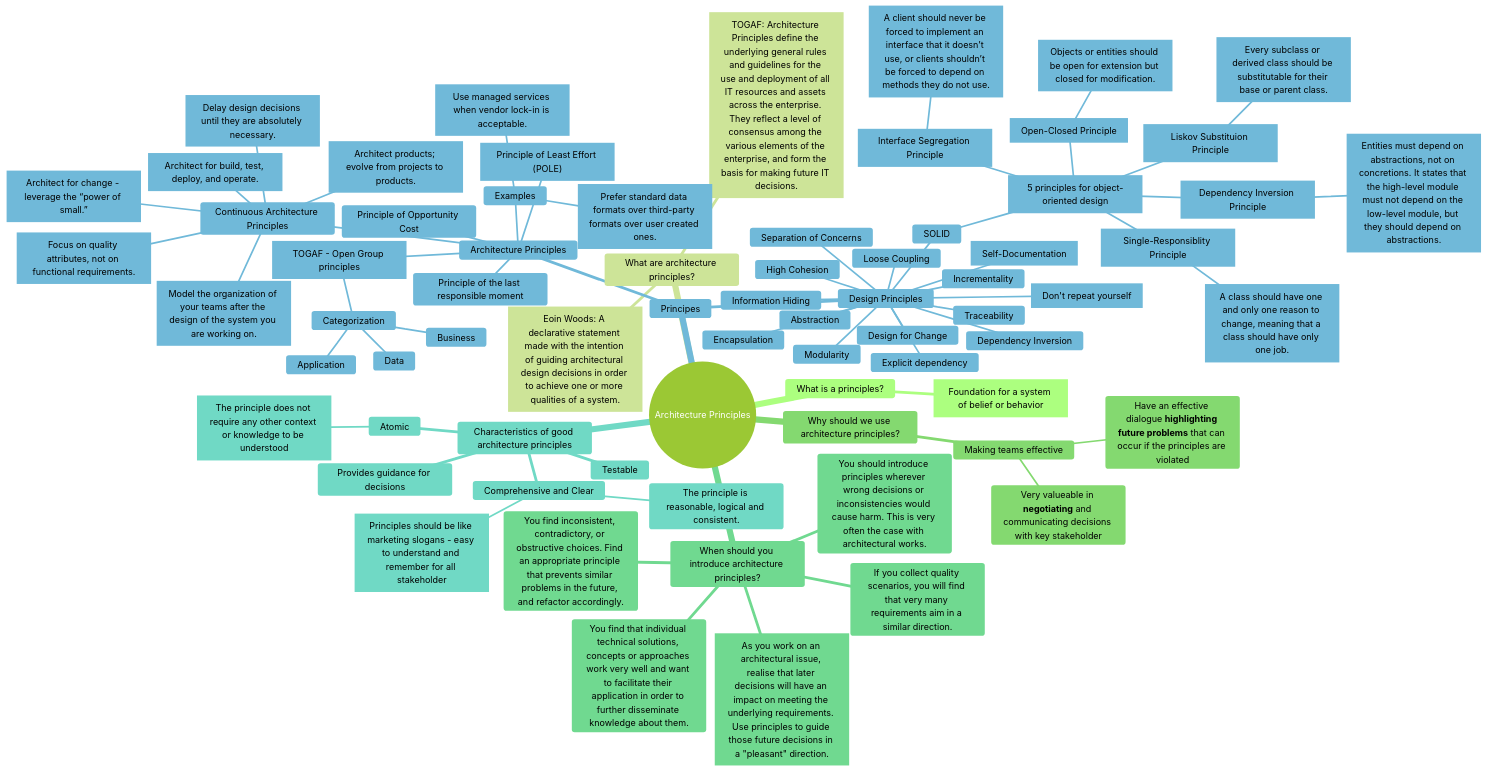
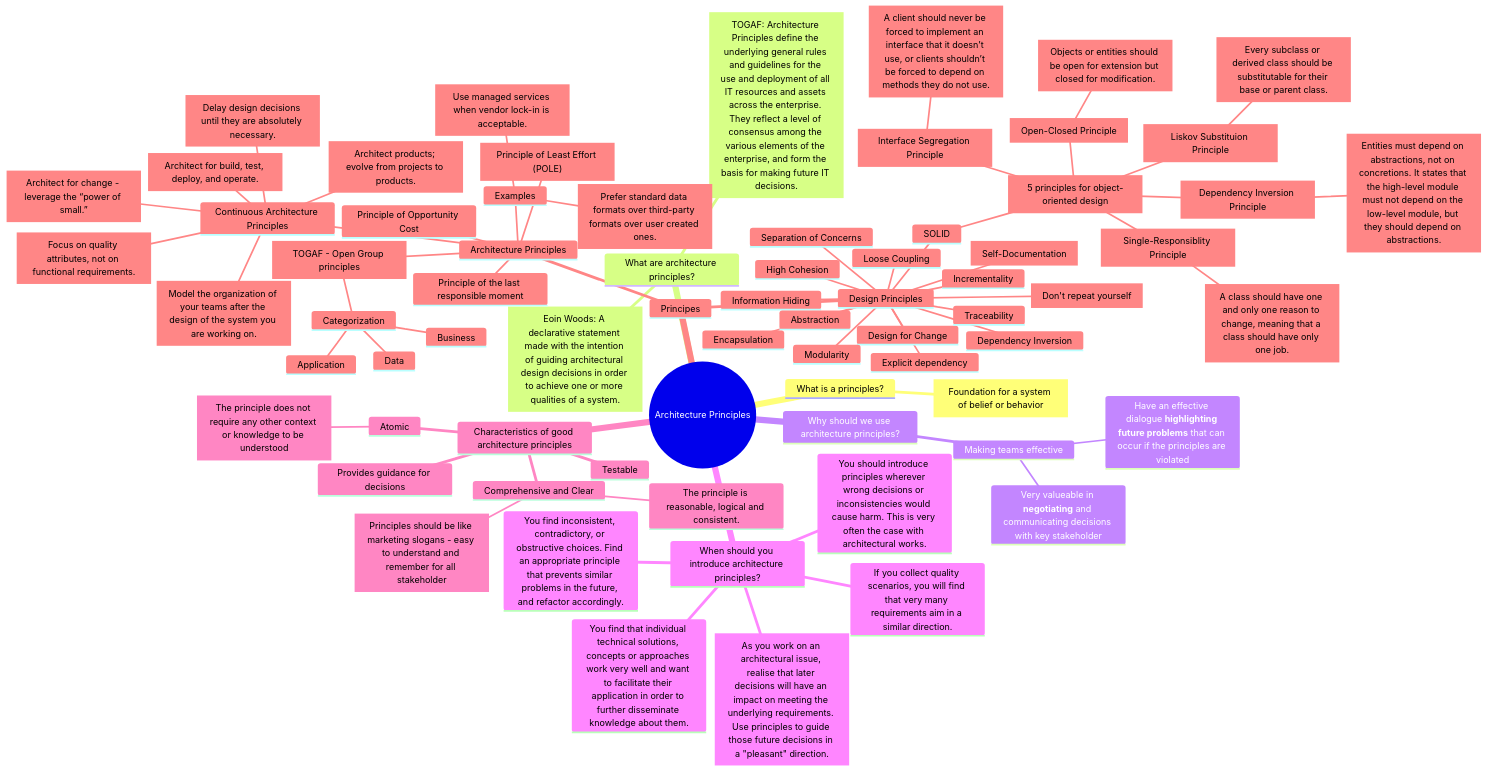
The diagram in README.md (bitsmuggler/software-architecture-principles), drawn with Mermaid before and after one commit.

````diff
--- a/README.md
+++ b/README.md
@@ -5,75 +5,75 @@
-```mermaid
-%%{init: {'theme': 'forest', "flowchart" : { "curve" : "basis" } } }%%
+```{.mermaid theme=forest}
+
 mindmap
   root((Architecture Principles))
     What is a principles?
         ["Foundation for a system of belief or behavior"]
     What are architecture principles?
         ["Eoin Woods: A declarative statement made with the intention of guiding architectural design decisions in order to achieve one or more qualities of a system."]
         ["TOGAF: Architecture Principles define the underlying general rules and guidelines for the use and deployment of all IT resources and assets across the enterprise. They reflect a level of consensus among the various elements of the enterprise, and form the basis for making future IT decisions."]
     Why should we use architecture principles?
         Making teams effective
             Very valueable in **negotiating** and communicating decisions with key stakeholder
             Have an effective dialogue **highlighting future problems** that can occur if the principles are violated
     When should you introduce architecture principles?
         You should introduce principles wherever wrong decisions or inconsistencies would cause harm. This is very often the case with architectural works.
         You find that individual technical solutions, concepts or approaches work very well and want to facilitate their application in order to further disseminate knowledge about them.
         You find inconsistent, contradictory, or obstructive choices. Find an appropriate principle that prevents similar problems in the future, and refactor accordingly.
         If you collect quality scenarios, you will find that very many requirements aim in a similar direction.
         [As you work on an architectural issue, realise that later decisions will have an impact on meeting the underlying requirements. Use principles to guide those future decisions in a "pleasant" direction.]
     Characteristics of good architecture principles
         Comprehensive and Clear
             The principle is reasonable, logical and consistent.
             ["Principles should be like marketing slogans - easy to understand and remember for all stakeholder"]
         Provides guidance for decisions
         Testable
         Atomic
             ["The principle does not require any other context or knowledge to be understood"]    
     Principes
         Architecture Principles
             ["Principle of Least Effort (POLE)"]
             Principle of Opportunity Cost
             Principle of the last responsible moment
             [TOGAF - Open Group principles]
                 Categorization
                     Business
                     Data
                     Application
             Continuous Architecture Principles
                 [Architect products; evolve from projects to products.]
                 [Focus on quality attributes, not on functional requirements.]
                 [Delay design decisions until they are absolutely necessary.]
                 [Architect for change - leverage the “power of small.”]
                 [Architect for build, test, deploy, and operate.]
                 [Model the organization of your teams after the design of the system you are working on.]
             Examples
                 [Use managed services when vendor lock-in is acceptable.]
                 [Prefer standard data formats over third-party formats over user created ones.]
         Design Principles
             SOLID
                 [5 principles for object-oriented design]
                     [Single-Responsiblity Principle]
                         [A class should have one and only one reason to change, meaning that a class should have only one job.]
                     [Open-Closed Principle]
                         [Objects or entities should be open for extension but closed for modification.]
                     [Liskov Substituion Principle]
                         [Every subclass or derived class should be substitutable for their base or parent class.]
                     [Interface Segregation Principle]
                         [A client should never be forced to implement an interface that it doesn’t use, or clients shouldn’t be forced to depend on methods they do not use.]
                     [Dependency Inversion Principle]
                         [Entities must depend on abstractions, not on concretions. It states that the high-level module must not depend on the low-level module, but they should depend on abstractions.]
             Loose Coupling
             High Cohesion
             Design for Change
             Information Hiding
             Abstraction
             Modularity
             Traceability
             [Self-Documentation]
             Incrementality
             Separation of Concerns
             Encapsulation
             [Don't repeat yourself]
             Dependency Inversion
             Explicit dependency
 ```
````
